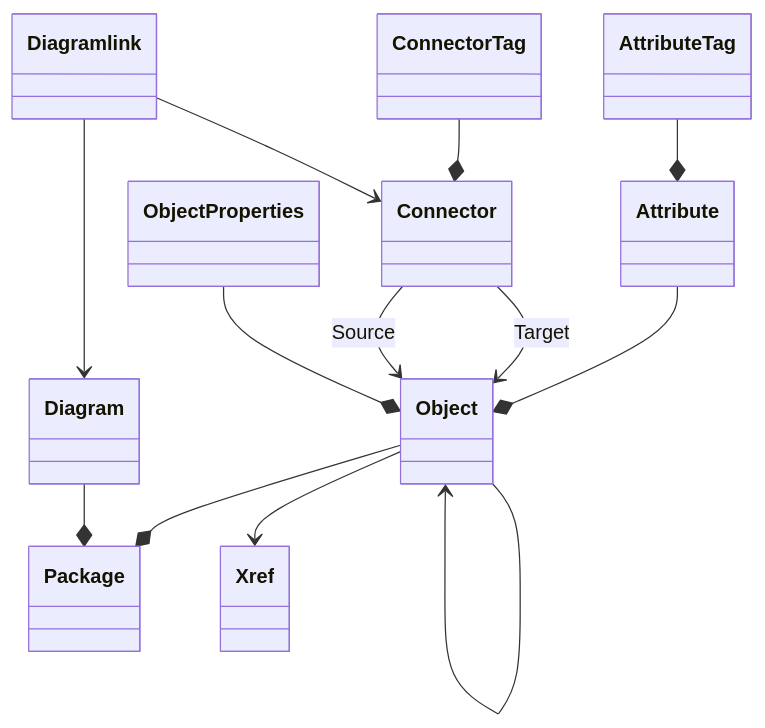
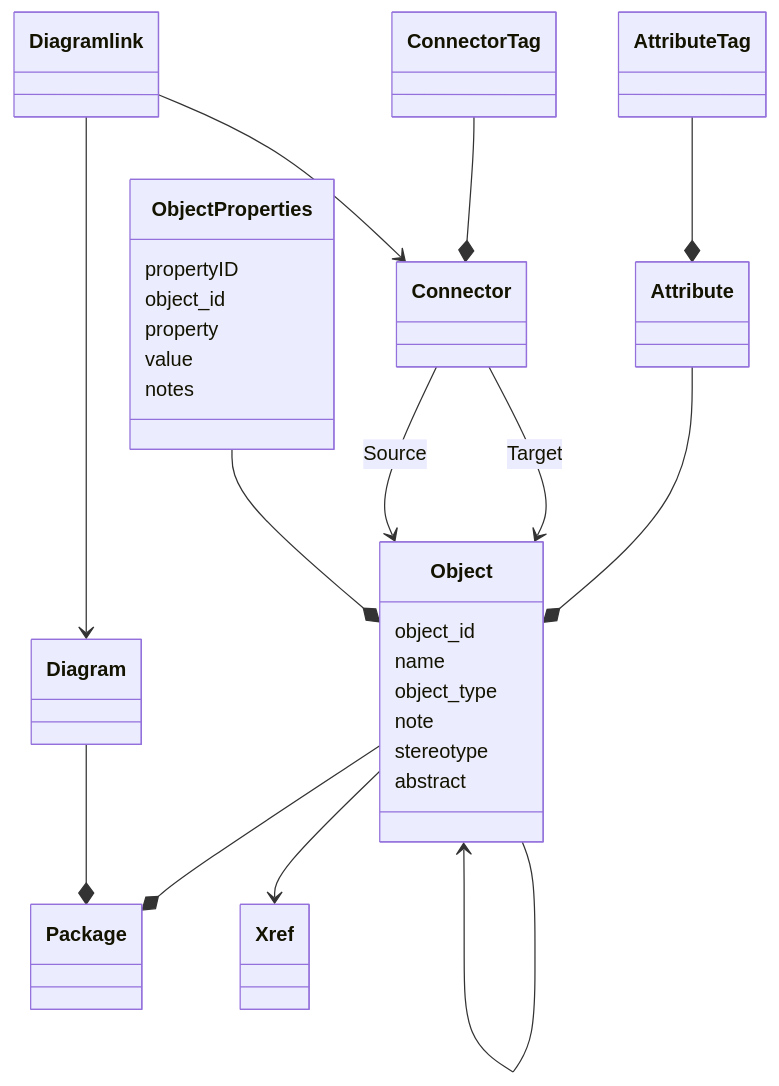
One commit to avzdk/sqlmodelsparx changed the diagram in doc/model.md. Above: the diagram before and after it, drawn with Mermaid.

Commit message:
attributes added

````diff
--- a/doc/model.md
+++ b/doc/model.md
@@ -3,21 +3,36 @@
 ```mermaid
 
 classDiagram
 
 Object --* Package
 Object --> Xref
 Attribute --* Object
 AttributeTag --* Attribute
 Object --> Object
 Diagram --* Package
 Diagramlink --> Diagram
 Connector --> Object : Target
 Connector --> Object : Source
 ConnectorTag --* Connector
 Diagramlink --> Connector
 ObjectProperties --* Object
 
+class Object {
+    object_id
+    name
+    object_type
+    note
+    stereotype
+    abstract
+}
 
+class ObjectProperties{
+    propertyID
+    object_id
+    property
+    value
+    notes
+}
 
 
 ```
````
